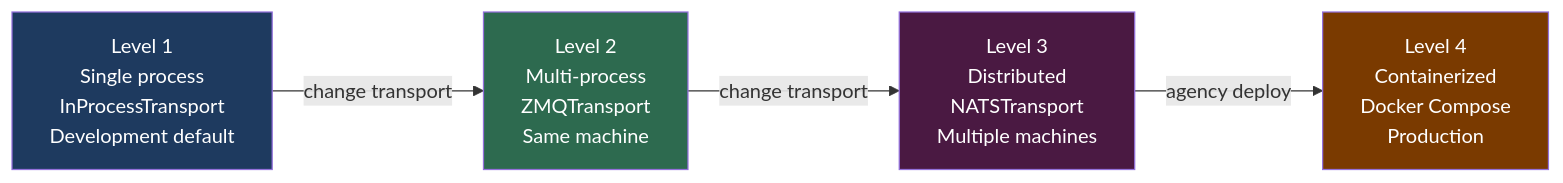
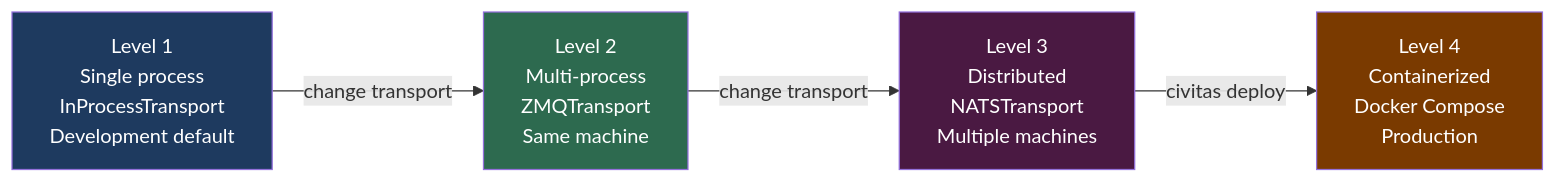
Before and after one commit to jerynmathew/python-civitas: the first of 4 diagrams in docs/deployment.md, drawn with Mermaid. The commit also changed other lines of this file and 190 other files, not shown here.

First line of the commit message:
rename: agency → civitas

````diff
--- a/docs/deployment.md
+++ b/docs/deployment.md
@@ -9,16 +9,16 @@
 ```mermaid
 graph LR
     L1["Level 1\nSingle process\nInProcessTransport\nDevelopment default"]
     L2["Level 2\nMulti-process\nZMQTransport\nSame machine"]
     L3["Level 3\nDistributed\nNATSTransport\nMultiple machines"]
     L4["Level 4\nContainerized\nDocker Compose\nProduction"]
 
     L1 -->|"change transport"| L2
     L2 -->|"change transport"| L3
-    L3 -->|"agency deploy"| L4
+    L3 -->|"civitas deploy"| L4
 
     style L1 fill:#1e3a5f,color:#fff
     style L2 fill:#2d6a4f,color:#fff
     style L3 fill:#4a1942,color:#fff
     style L4 fill:#7a3a00,color:#fff
 ```
````
